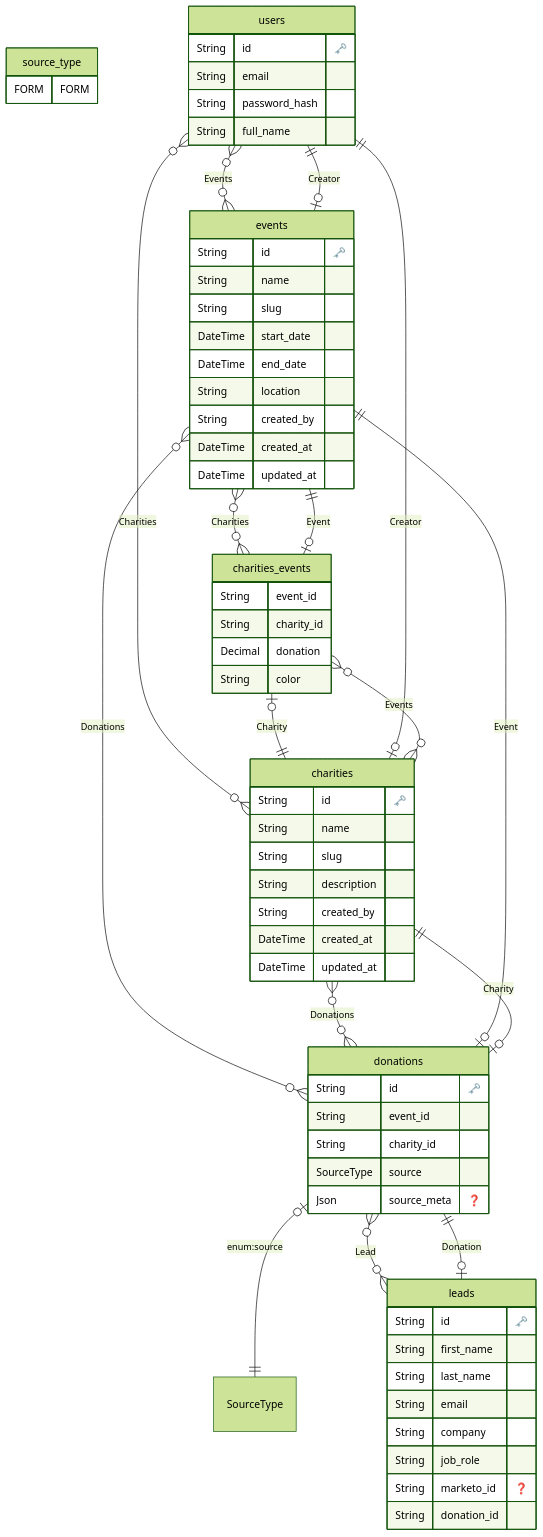
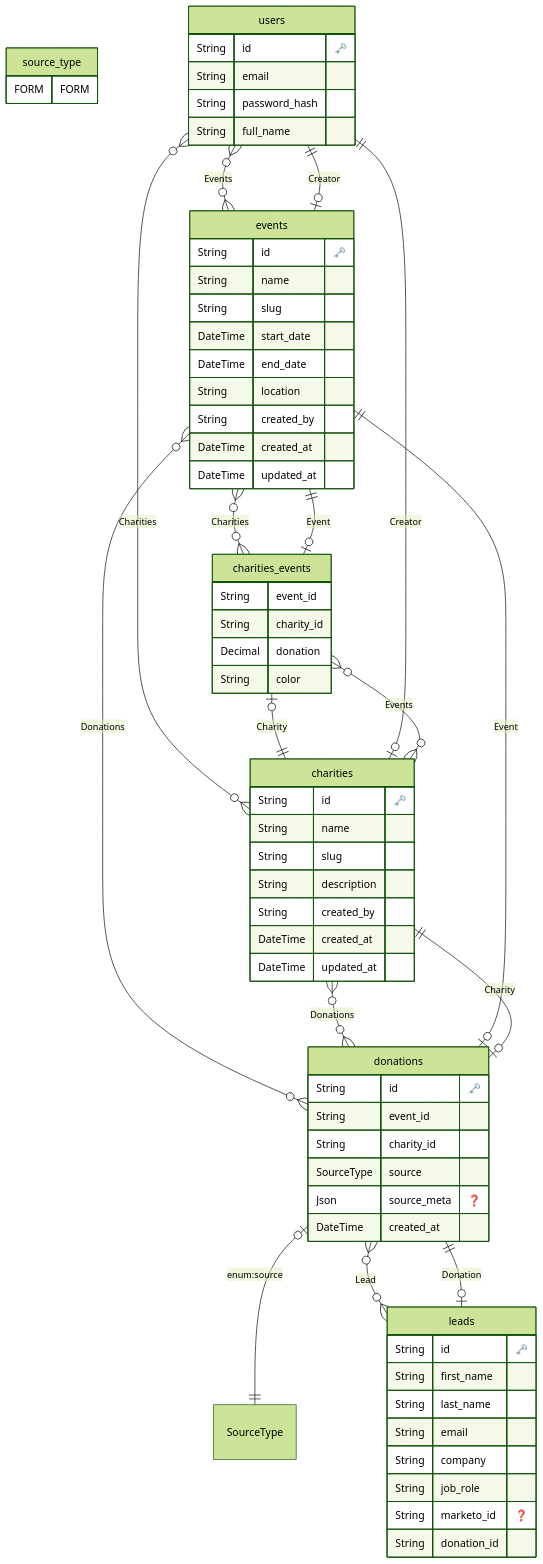
Before and after one commit to aydrian/event-charity-activations: the diagram in erd.md, drawn with Mermaid (forest theme). The commit also changed 2 other files, not shown here.

Commit message:
fixed qr code url

```diff
--- a/erd.md
+++ b/erd.md
@@ -51,6 +51,7 @@
     String charity_id 
     SourceType source 
     Json source_meta "❓"
+    DateTime created_at 
     }
   
 
```
